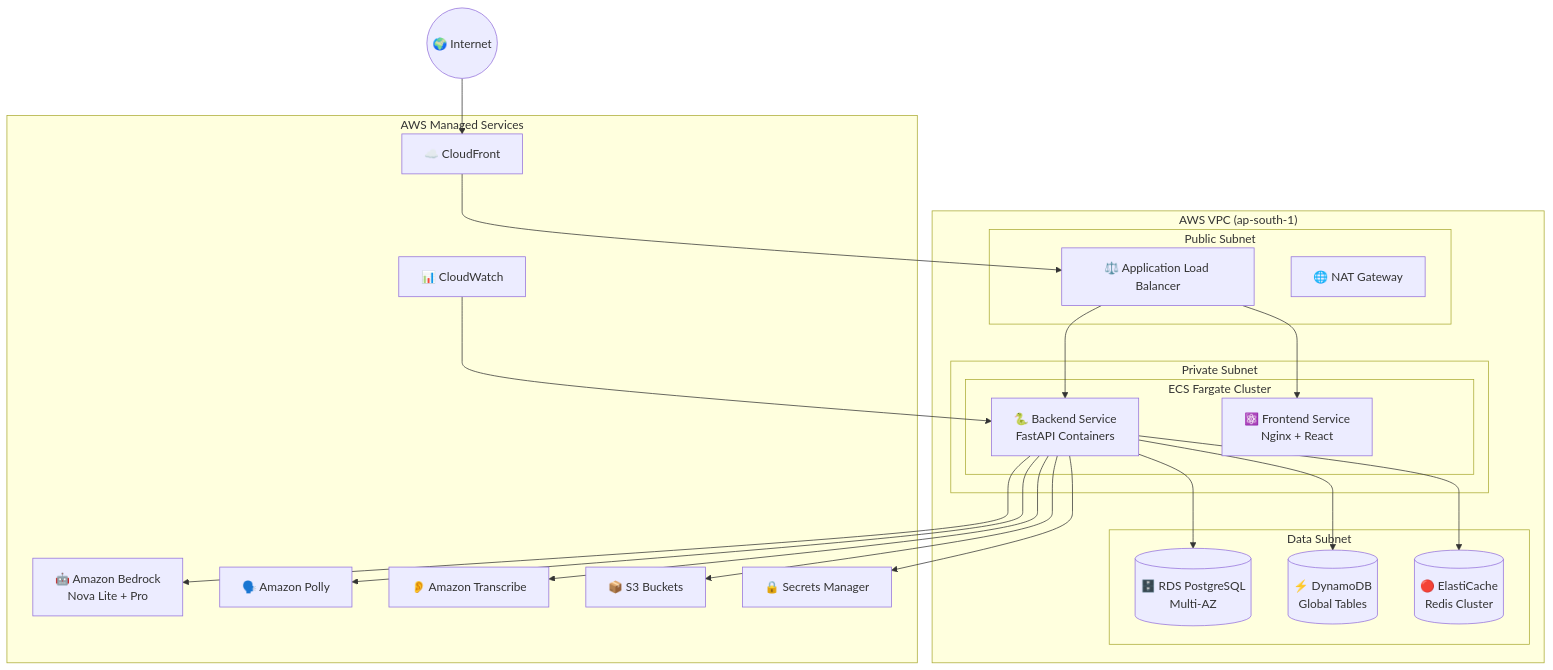
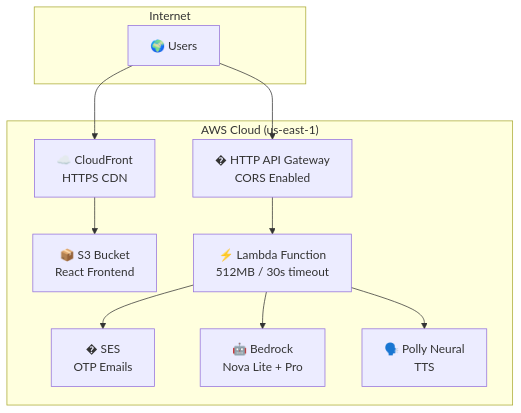
Before and after one commit to dineshrajdhanapathyDD/FinSight-AI: the fifth of 5 diagrams in README.md, drawn with Mermaid. The commit also changed other lines of this file and 2 other files, not shown here.

Commit message:
Remove demo OTP, real email OTP only, IDBI brand colors, updated Mermaid diagrams in README

````diff
--- a/README.md
+++ b/README.md
@@ -243,46 +238,24 @@
 ```mermaid
 graph TB
-    subgraph VPC["AWS VPC (ap-south-1)"]
-        subgraph Public["Public Subnet"]
-            ALB[⚖️ Application Load Balancer]
-            NAT[🌐 NAT Gateway]
-        end
-        
-        subgraph Private["Private Subnet"]
-            subgraph ECS["ECS Fargate Cluster"]
-                BE[🐍 Backend Service<br/>FastAPI Containers]
-                FE[⚛️ Frontend Service<br/>Nginx + React]
-            end
-        end
-        
-        subgraph DB["Data Subnet"]
-            RDS2[(🗄️ RDS PostgreSQL<br/>Multi-AZ)]
-            DDB2[(⚡ DynamoDB<br/>Global Tables)]
-            REDIS2[(🔴 ElastiCache<br/>Redis Cluster)]
-        end
+    subgraph Internet
+        USER[🌍 Users]
     end
 
-    subgraph AWS["AWS Managed Services"]
-        CF2[☁️ CloudFront]
-        BED[🤖 Amazon Bedrock<br/>Nova Lite + Pro]
-        POL2[🗣️ Amazon Polly]
-        TRN2[👂 Amazon Transcribe]
-        S32[📦 S3 Buckets]
-        CW[📊 CloudWatch]
-        SM2[🔒 Secrets Manager]
+    subgraph AWS["AWS Cloud (us-east-1)"]
+        CF[☁️ CloudFront<br/>HTTPS CDN]
+        S3F[📦 S3 Bucket<br/>React Frontend]
+        APIGW[� HTTP API Gateway<br/>CORS Enabled]
+        LAMBDA[⚡ Lambda Function<br/>512MB / 30s timeout]
+        SES2[� SES<br/>OTP Emails]
+        BEDROCK[🤖 Bedrock<br/>Nova Lite + Pro]
+        POLLY[🗣️ Polly Neural<br/>TTS]
     end
 
-    Internet((🌍 Internet)) --> CF2
-    CF2 --> ALB
-    ALB --> BE
-    ALB --> FE
-    BE --> BED
-    BE --> POL2
-    BE --> TRN2
-    BE --> RDS2
-    BE --> DDB2
-    BE --> REDIS2
-    BE --> S32
-    BE --> SM2
-    CW --> BE
+    USER --> CF
+    CF --> S3F
+    USER --> APIGW
+    APIGW --> LAMBDA
+    LAMBDA --> SES2
+    LAMBDA --> BEDROCK
+    LAMBDA --> POLLY
 ```
````
